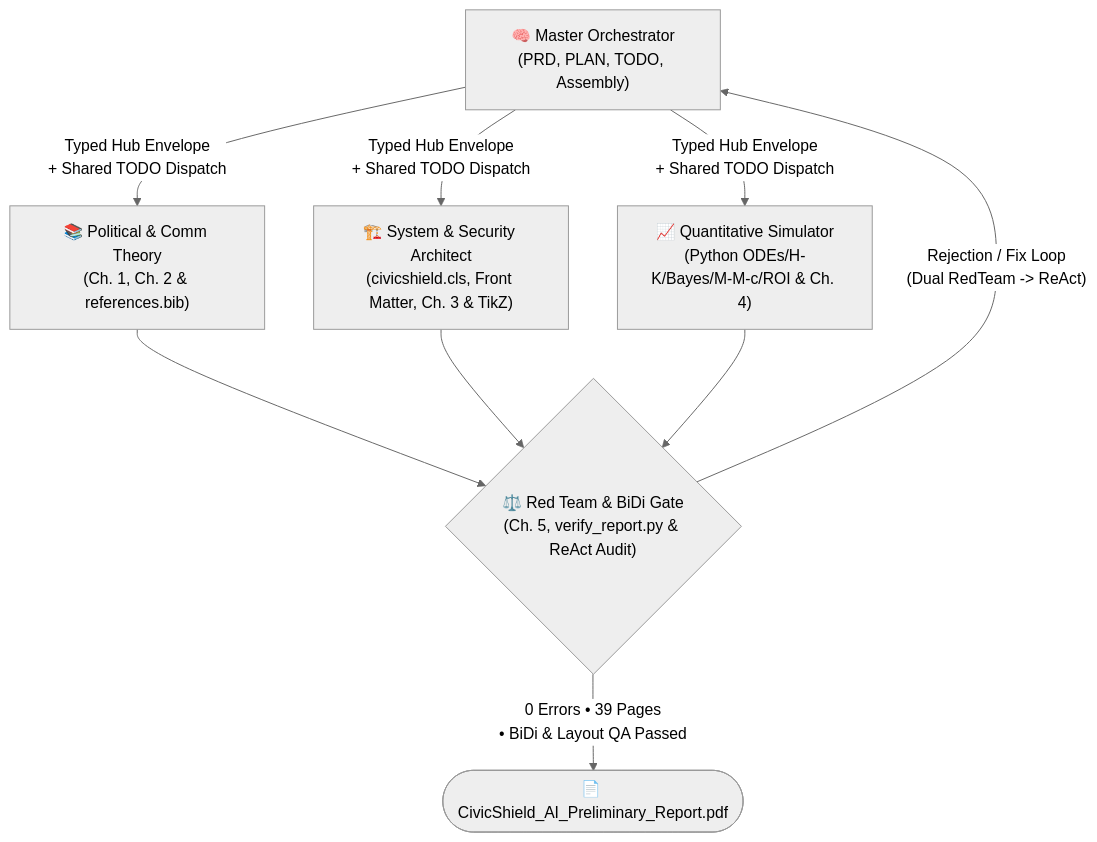
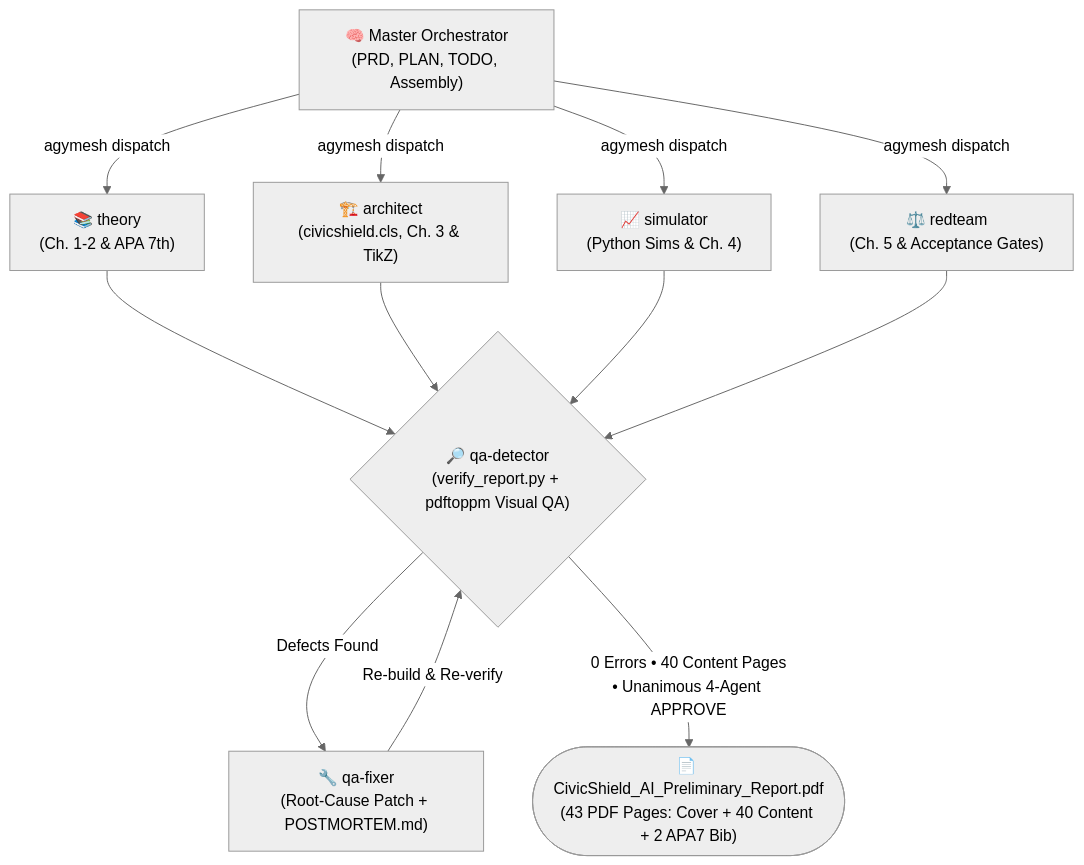
One commit to yahavron-a11y/vibe-coding04 changed the diagram in README.md. Above: the diagram before and after it, drawn with Mermaid (neutral theme). The commit also changed other lines of this file and 26 other files, not shown here.

Commit message:
Add prompts/, skills/ (including Detector & Fixer), POSTMORTEM.md, report page screenshots, updated README/PRD/PLAN/TODO, and portable verify_report.py

````diff
--- a/README.md
+++ b/README.md
@@ -94,13 +69,12 @@
 ```mermaid
 flowchart TB
-    Master["🧠 Master Orchestrator\n(PRD, PLAN, TODO, Assembly)"] -->|"Typed Hub Envelope\n+ Shared TODO Dispatch"| Theory["📚 Political & Comm Theory\n(Ch. 1, Ch. 2 & references.bib)"]
-    Master -->|"Typed Hub Envelope\n+ Shared TODO Dispatch"| Architect["🏗️ System & Security Architect\n(civicshield.cls, Front Matter, Ch. 3 & TikZ)"]
-    Master -->|"Typed Hub Envelope\n+ Shared TODO Dispatch"| Simulator["📈 Quantitative Simulator\n(Python ODEs/H-K/Bayes/M-M-c/ROI & Ch. 4)"]
+    Master["🧠 Master Orchestrator\n(PRD, PLAN, TODO, Assembly)"] -->|"agymesh dispatch"| Theory["📚 theory\n(Ch. 1-2 & APA 7th)"]
+    Master -->|"agymesh dispatch"| Architect["🏗️ architect\n(civicshield.cls, Ch. 3 & TikZ)"]
+    Master -->|"agymesh dispatch"| Simulator["📈 simulator\n(Python Sims & Ch. 4)"]
+    Master -->|"agymesh dispatch"| RedTeam["⚖️ redteam\n(Ch. 5 & Acceptance Gates)"]
 
-    Theory --> Gate{"⚖️ Red Team & BiDi Gate\n(Ch. 5, verify_report.py & ReAct Audit)"}
-    Architect --> Gate
-    Simulator --> Gate
-
-    Gate -->|"Rejection / Fix Loop\n(Dual RedTeam -> ReAct)"| Master
-    Gate -->|"0 Errors • 39 Pages\n• BiDi & Layout QA Passed"| PDF(["📄 CivicShield_AI_Preliminary_Report.pdf"])
+    Theory & Architect & Simulator & RedTeam --> Detector{"🔎 qa-detector\n(verify_report.py + pdftoppm Visual QA)"}
+    Detector -->|"Defects Found"| Fixer["🔧 qa-fixer\n(Root-Cause Patch + POSTMORTEM.md)"]
+    Fixer -->|"Re-build & Re-verify"| Detector
+    Detector -->|"0 Errors • 40 Content Pages\n• Unanimous 4-Agent APPROVE"| PDF(["📄 CivicShield_AI_Preliminary_Report.pdf\n(43 PDF Pages: Cover + 40 Content + 2 APA7 Bib)"])
 ```
````
